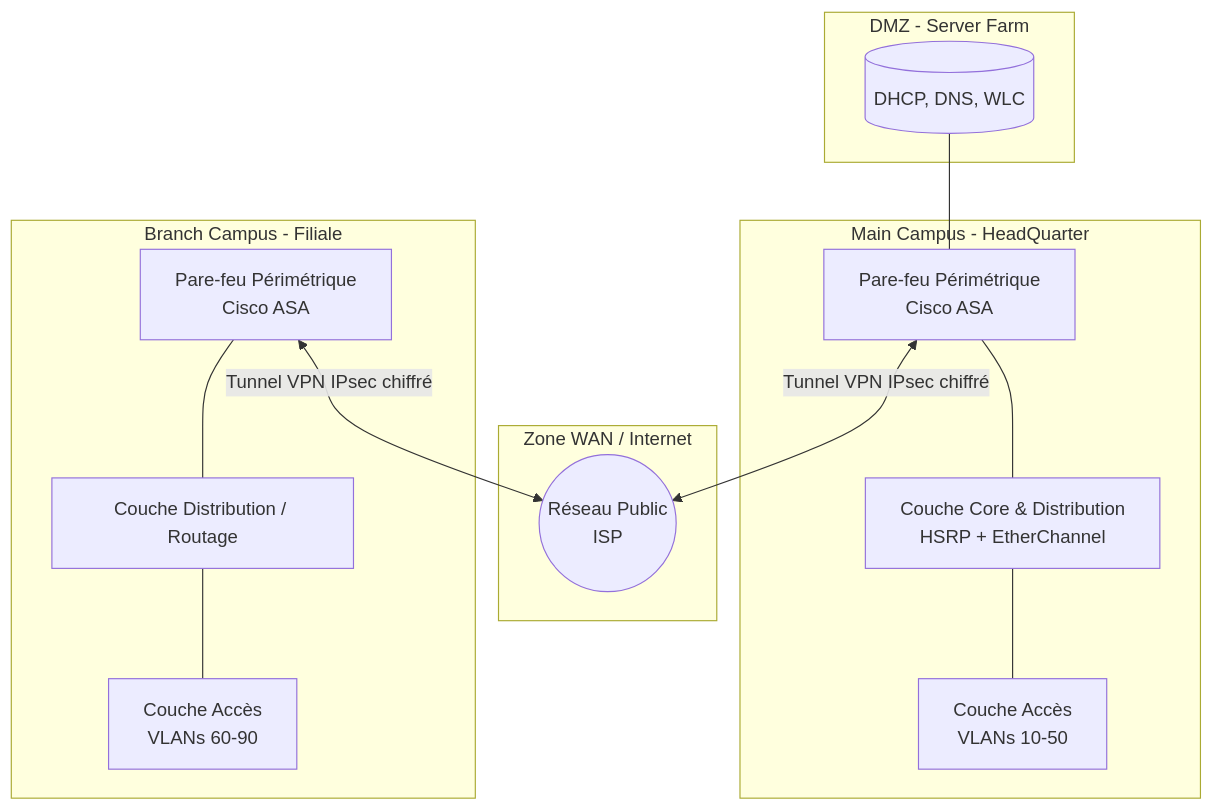
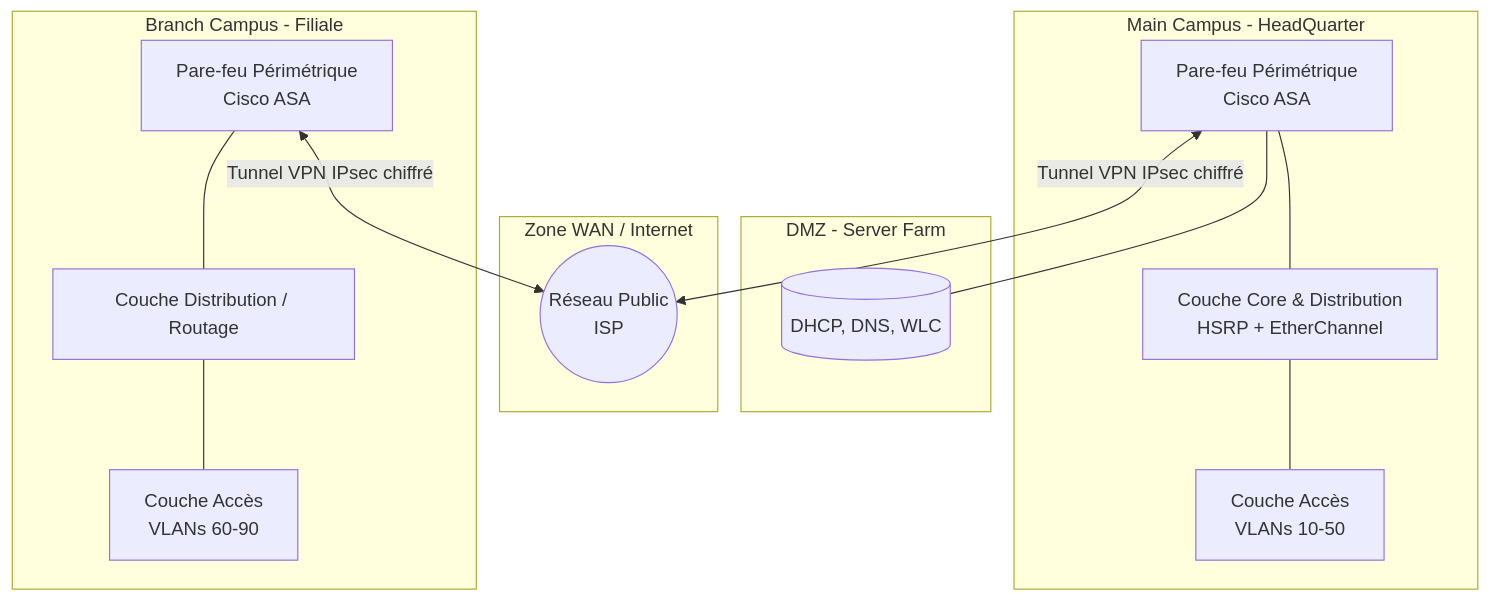
The diagram in Architecture Réseau Campus Sécurisée (Cisco).md (JulianKuypers/portfolio), drawn with Mermaid before and after one commit.

Commit message:
Revise network diagram layout and connections
Reorganize network architecture diagram for clarity.

````diff
--- a/Architecture Réseau Campus Sécurisée (Cisco).md
+++ b/Architecture Réseau Campus Sécurisée (Cisco).md
@@ -5,37 +5,37 @@
 ```mermaid
 graph TD
-    %% 1. La DMZ placée au centre-haut (juste au-dessus du lien central)
-    subgraph DMZ [DMZ - Server Farm]
-        Servers[(DHCP, DNS, WLC)]
-    end
-
-    %% 2. Le Réseau WAN / Internet bien au milieu
-    subgraph WAN [Zone WAN / Internet]
-        ISP((Réseau Public<br/>ISP))
-    end
-
-    %% 3. Le Campus Principal à gauche
+    %% 1. Le Campus Principal à gauche
     subgraph HQ [Main Campus - HeadQuarter]
         ASA_HQ[Pare-feu Périmétrique<br/>Cisco ASA]
         Core[Couche Core & Distribution<br/>HSRP + EtherChannel]
         Acc[Couche Accès<br/>VLANs 10-50]
         
         ASA_HQ --- Core
         Core --- Acc
+    end
+
+    %% 2. La DMZ placée de l'autre côté (vers la droite / le centre)
+    subgraph DMZ [DMZ - Server Farm]
+        Servers[(DHCP, DNS, WLC)]
+    end
+
+    %% 3. Le Réseau WAN / Internet au milieu
+    subgraph WAN [Zone WAN / Internet]
+        ISP((Réseau Public<br/>ISP))
     end
 
     %% 4. La Filiale à droite
     subgraph Branch [Branch Campus - Filiale]
         ASA_BR[Pare-feu Périmétrique<br/>Cisco ASA]
         Dist_BR[Couche Distribution / Routage]
         Acc_BR[Couche Accès<br/>VLANs 60-90]
 
         ASA_BR --- Dist_BR
         Dist_BR --- Acc_BR
     end
 
     %% 5. Connexions et flux logiques
-    Servers --- ASA_HQ
+    ASA_HQ --- Servers
     ASA_HQ <-->|Tunnel VPN IPsec chiffré| ISP
     ASA_BR <-->|Tunnel VPN IPsec chiffré| ISP
 ```
````
